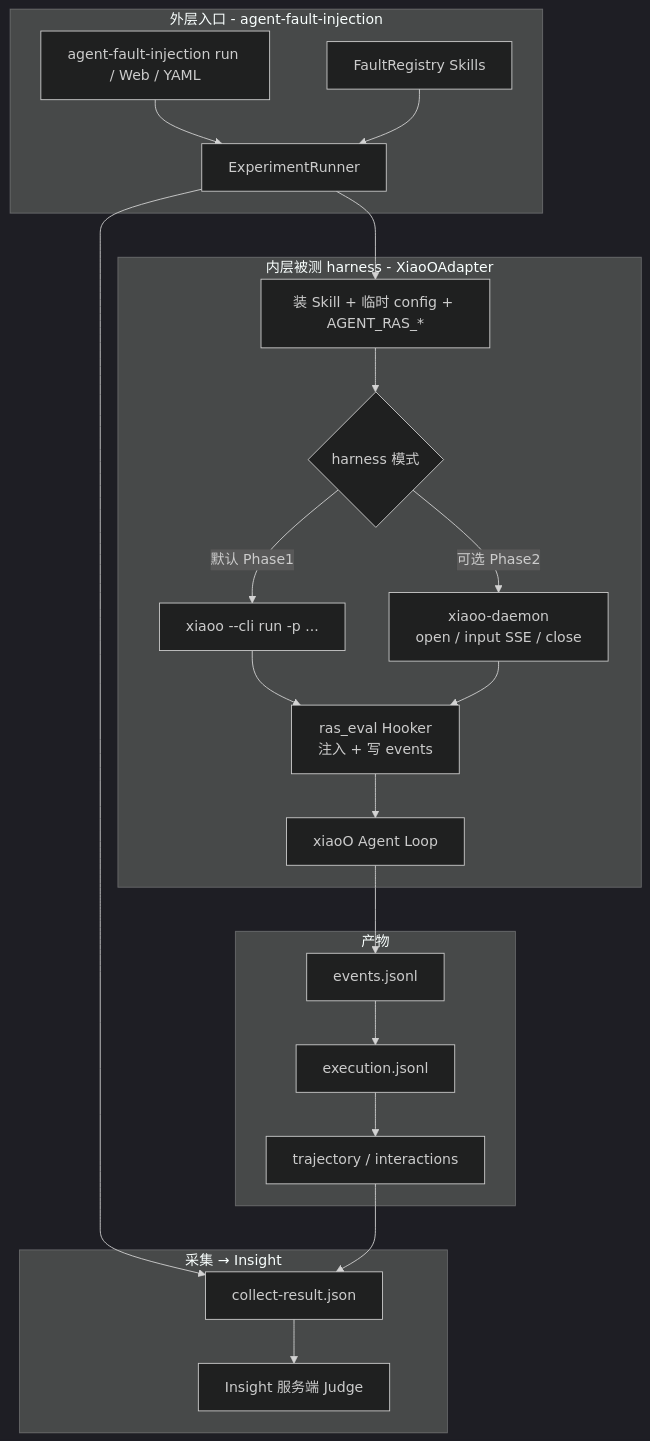
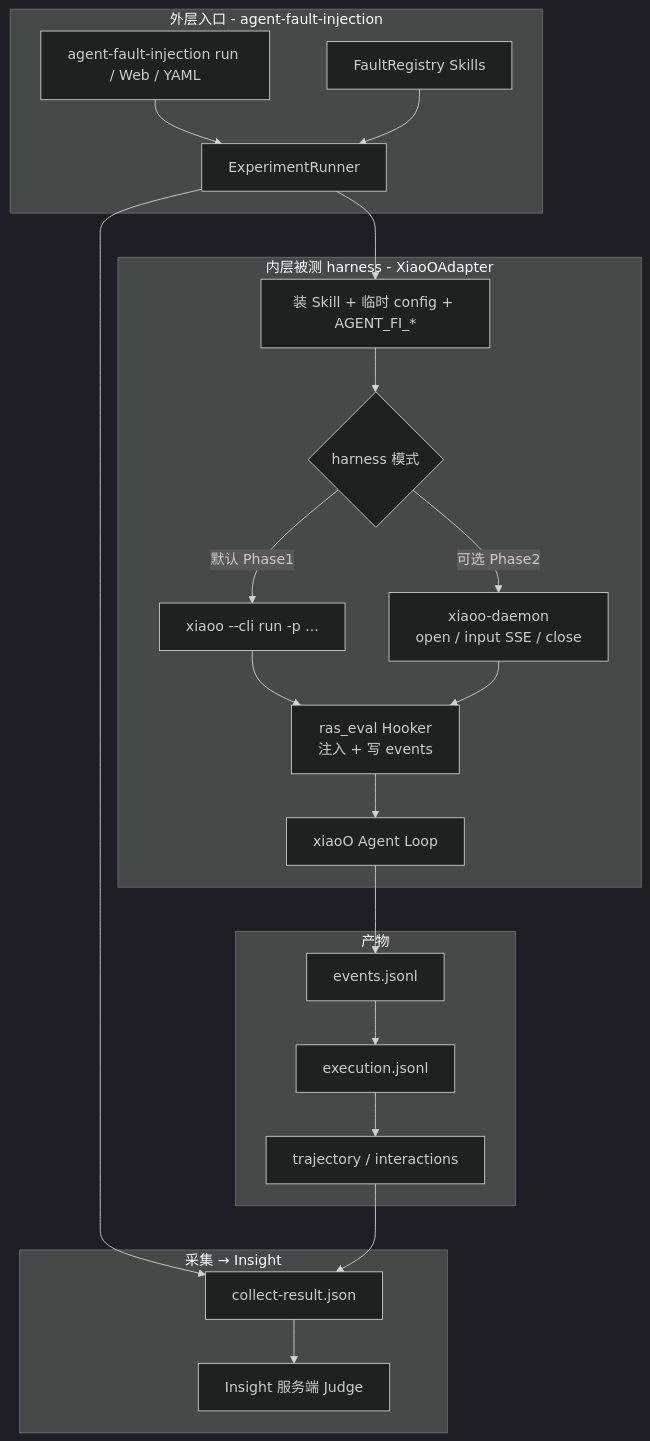
The first of 4 diagrams in docs/agent-fault-injection/designs/xiaoo-platform-adaptation.md (openeuler-mirror/agent-insight), drawn with Mermaid (dark theme) before and after one commit. The commit also changed other lines of this file and 117 other files, not shown here.

````diff
--- a/docs/agent-fault-injection/designs/xiaoo-platform-adaptation.md
+++ b/docs/agent-fault-injection/designs/xiaoo-platform-adaptation.md
@@ -38,40 +38,40 @@
 ```mermaid
 flowchart TB
   subgraph outer [外层入口 - agent-fault-injection]
     CLI["agent-fault-injection run / Web / YAML"]
     Runner[ExperimentRunner]
     Faults[FaultRegistry Skills]
   end
 
   subgraph harness [内层被测 harness - XiaoOAdapter]
-    Prep["装 Skill + 临时 config + AGENT_RAS_*"]
+    Prep["装 Skill + 临时 config + AGENT_FI_*"]
     Choice{harness 模式}
     CliRun["xiaoo --cli run -p ..."]
     Daemon["xiaoo-daemon<br/>open / input SSE / close"]
     Hook[ras_eval Hooker<br/>注入 + 写 events]
     Loop[xiaoO Agent Loop]
   end
 
   subgraph artifacts [产物]
     Events[events.jsonl]
     Exec[execution.jsonl]
     Traj[trajectory / interactions]
   end
 
   subgraph collect [采集 → Insight]
     Payload[collect-result.json]
     InsightJudge[Insight 服务端 Judge]
   end
 
   CLI --> Runner
   Faults --> Runner
   Runner --> Prep --> Choice
   Choice -->|默认 Phase1| CliRun
   Choice -->|可选 Phase2| Daemon
   CliRun --> Hook
   Daemon --> Hook
   Hook --> Loop
   Loop --> Events --> Exec --> Traj
   Runner --> Payload --> InsightJudge
   Traj --> Payload
 ```
````
